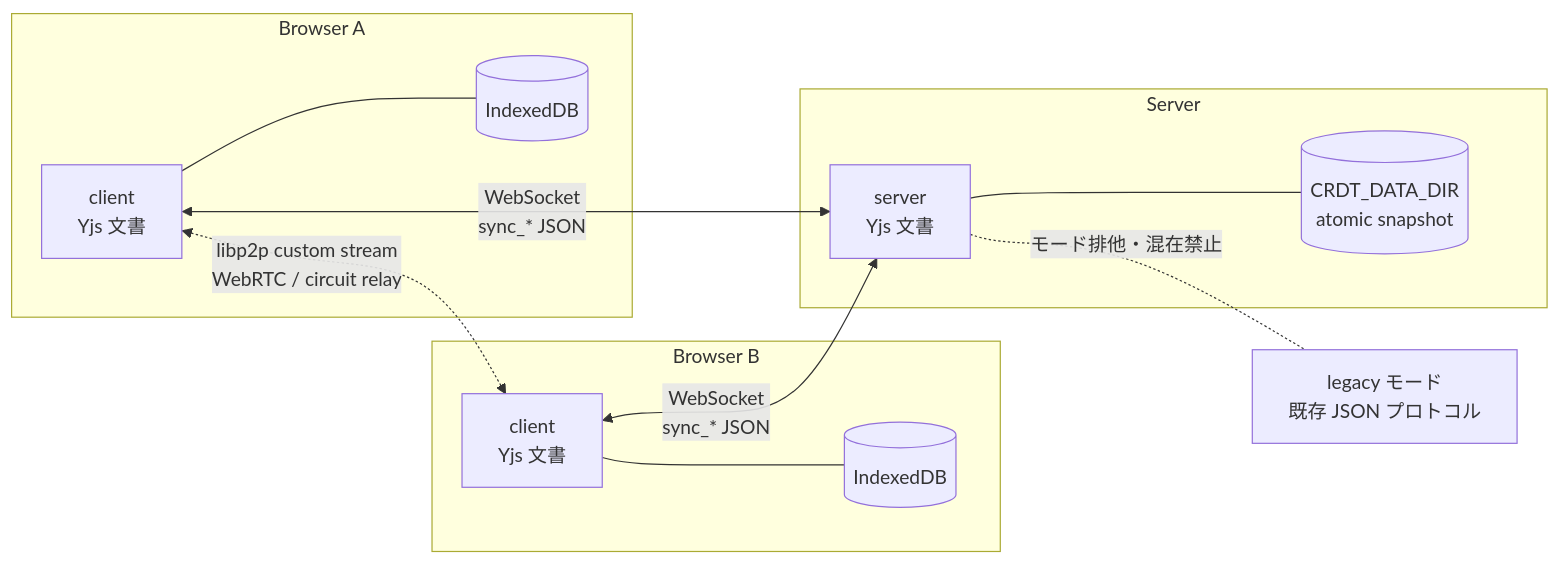
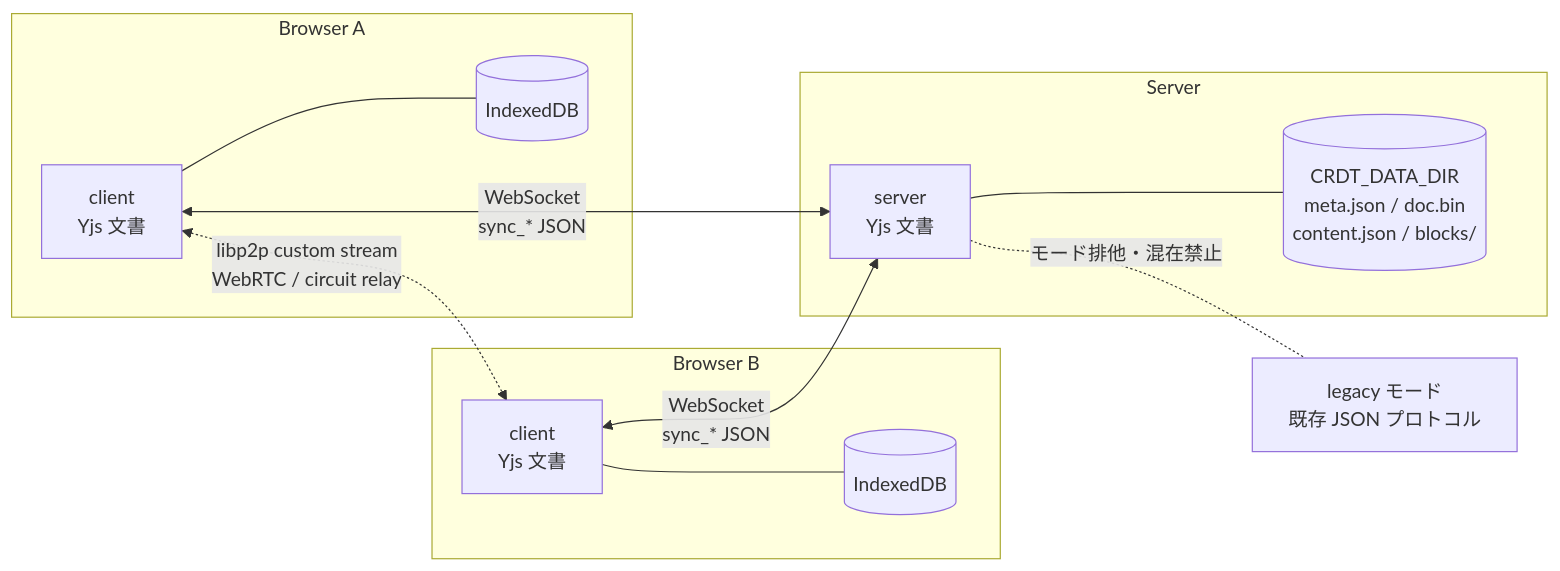
Before and after one commit to katteni-kaihatu/nemvr-prototype: the second of 2 diagrams in docs/architecture.md, drawn with Mermaid. The commit also changed other lines of this file and 33 other files, not shown here.

````diff
--- a/docs/architecture.md
+++ b/docs/architecture.md
@@ -177,24 +177,24 @@
 ```mermaid
 graph LR
     subgraph BA[Browser A]
         CA[client<br/>Yjs 文書]
         IA[(IndexedDB)]
     end
     subgraph BB[Browser B]
         CB[client<br/>Yjs 文書]
         IB[(IndexedDB)]
     end
     subgraph SV[Server]
         S[server<br/>Yjs 文書]
-        P[(CRDT_DATA_DIR<br/>atomic snapshot)]
+        P[(CRDT_DATA_DIR<br/>meta.json / doc.bin<br/>content.json / blocks/)]
     end
     L[legacy モード<br/>既存 JSON プロトコル]
 
     CA <-->|WebSocket<br/>sync_* JSON| S
     CB <-->|WebSocket<br/>sync_* JSON| S
     CA <-.->|libp2p custom stream<br/>WebRTC / circuit relay| CB
     CA --- IA
     CB --- IB
     S --- P
     S -.-|モード排他・混在禁止| L
 ```
````
